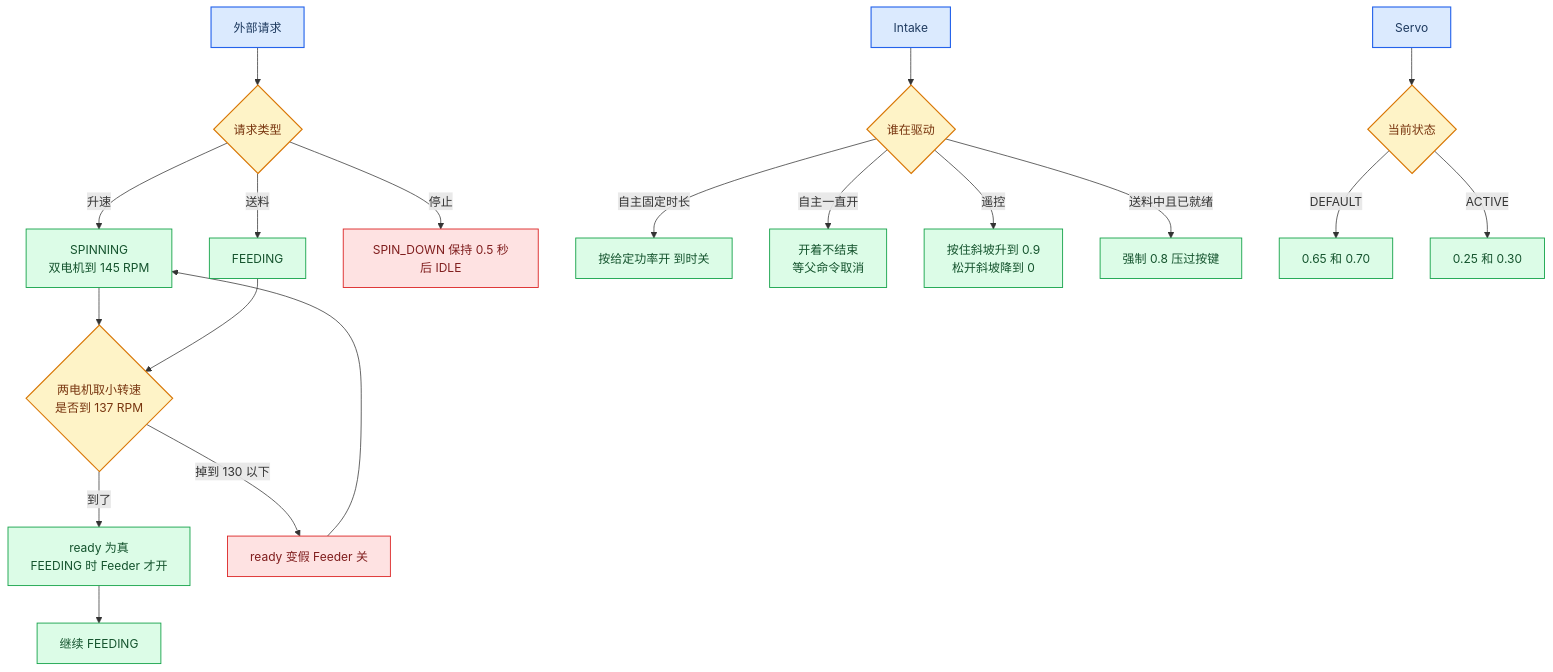
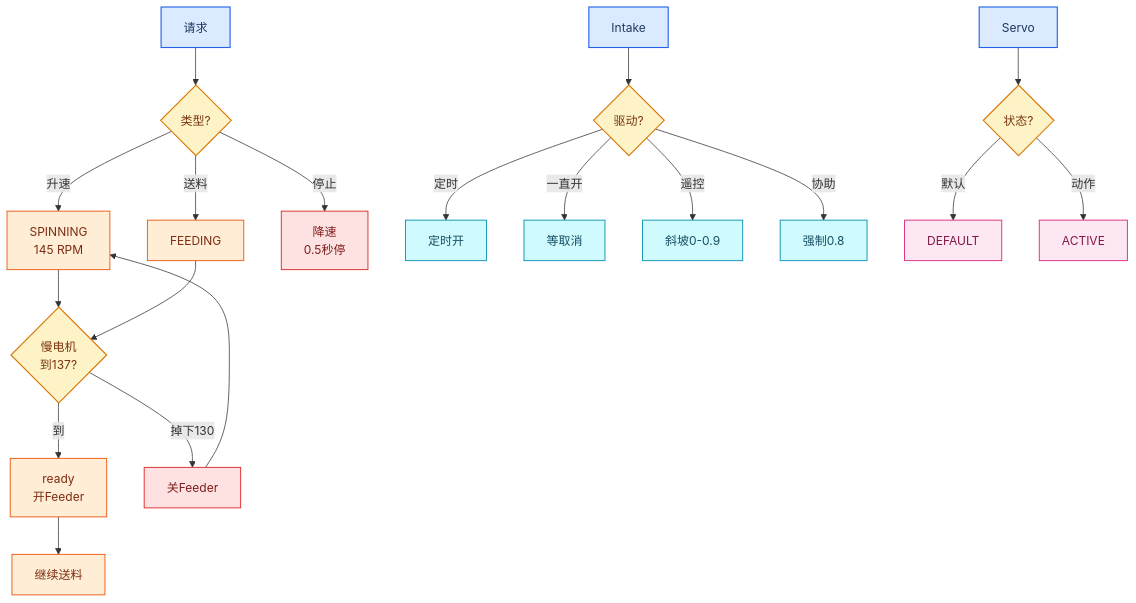
Before and after one commit to Maxxj333/KeystoneFTC-code: the third of 5 diagrams in README.md, drawn with Mermaid. The commit also changed other lines of this file, not shown here.

Commit message:
Tighten Mermaid labels, add semantic colors and vertical lists for narrow screens

````diff
--- a/README.md
+++ b/README.md
@@ -97,29 +113,33 @@
 ```mermaid
 flowchart TD
-    A["外部请求"] --> B{"请求类型"}
-    B -->|"升速"| C["SPINNING<br/>双电机到 145 RPM"]
+    A["请求"] --> B{"类型?"}
+    B -->|"升速"| C["SPINNING<br/>145 RPM"]
     B -->|"送料"| D["FEEDING"]
-    B -->|"停止"| E["SPIN_DOWN 保持 0.5 秒后 IDLE"]
-    C --> F{"两电机取小转速<br/>是否到 137 RPM"}
+    B -->|"停止"| E["降速<br/>0.5秒停"]
+    C --> F{"慢电机<br/>到137?"}
     D --> F
-    F -->|"到了"| G["ready 为真<br/>FEEDING 时 Feeder 才开"]
-    F -->|"掉到 130 以下"| H["ready 变假 Feeder 关"]
-    G --> I["继续 FEEDING"]
+    F -->|"到"| G["ready<br/>开Feeder"]
+    F -->|"掉下130"| H["关Feeder"]
+    G --> I["继续送料"]
     H --> C
-    J["Intake"] --> K{"谁在驱动"}
-    K -->|"自主固定时长"| L["按给定功率开 到时关"]
-    K -->|"自主一直开"| M["开着不结束<br/>等父命令取消"]
-    K -->|"遥控"| N["按住斜坡升到 0.9<br/>松开斜坡降到 0"]
-    K -->|"送料中且已就绪"| O["强制 0.8 压过按键"]
-    P["Servo"] --> Q{"当前状态"}
-    Q -->|"DEFAULT"| R["0.65 和 0.70"]
-    Q -->|"ACTIVE"| S["0.25 和 0.30"]
-    classDef start fill:#dbeafe,stroke:#2563eb,stroke-width:1.5px,color:#1e3a5f
-    classDef decision fill:#fef3c7,stroke:#d97706,stroke-width:1.5px,color:#78350f
-    classDef process fill:#dcfce7,stroke:#16a34a,stroke-width:1.2px,color:#14532d
-    classDef stop fill:#fee2e2,stroke:#dc2626,stroke-width:1.2px,color:#7f1d1d
-    class A,J,P start
-    class B,F,K,Q decision
-    class C,D,G,I,L,M,N,O,R,S process
-    class E,H stop
+    J["Intake"] --> K{"驱动?"}
+    K -->|"定时"| L["定时开"]
+    K -->|"一直开"| M["等取消"]
+    K -->|"遥控"| N["斜坡0-0.9"]
+    K -->|"协助"| O["强制0.8"]
+    P["Servo"] --> Q{"状态?"}
+    Q -->|"默认"| R["DEFAULT"]
+    Q -->|"动作"| S["ACTIVE"]
+    classDef blue fill:#DBEAFE,stroke:#2563EB,stroke-width:1.5px,color:#1E3A5F
+    classDef yellow fill:#FEF3C7,stroke:#D97706,stroke-width:1.5px,color:#78350F
+    classDef orange fill:#FFEDD5,stroke:#EA580C,stroke-width:1.2px,color:#7C2D12
+    classDef cyan fill:#CFFAFE,stroke:#0891B2,stroke-width:1.2px,color:#164E63
+    classDef pink fill:#FCE7F3,stroke:#DB2777,stroke-width:1.2px,color:#831843
+    classDef red fill:#FEE2E2,stroke:#DC2626,stroke-width:1.2px,color:#7F1D1D
+    class A,J,P blue
+    class B,F,K,Q yellow
+    class C,D,G,I orange
+    class E,H red
+    class L,M,N,O cyan
+    class R,S pink
 ```
````
